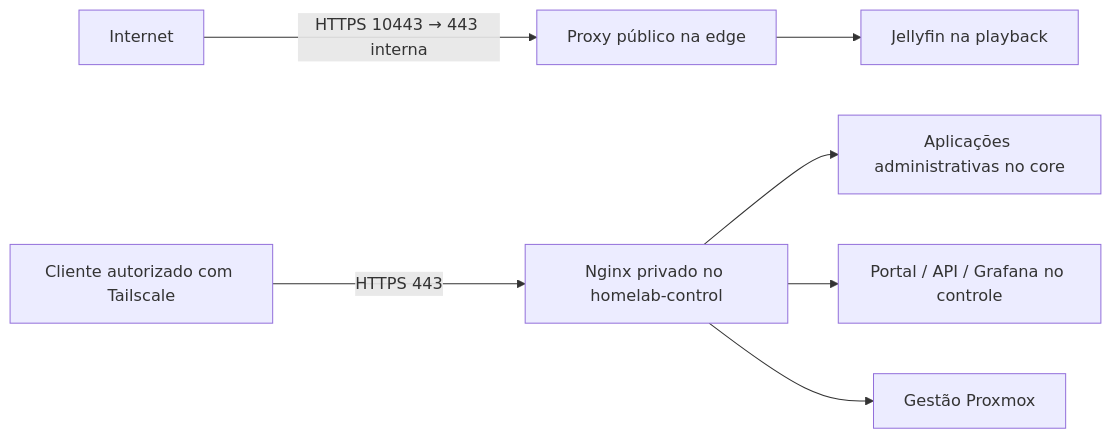
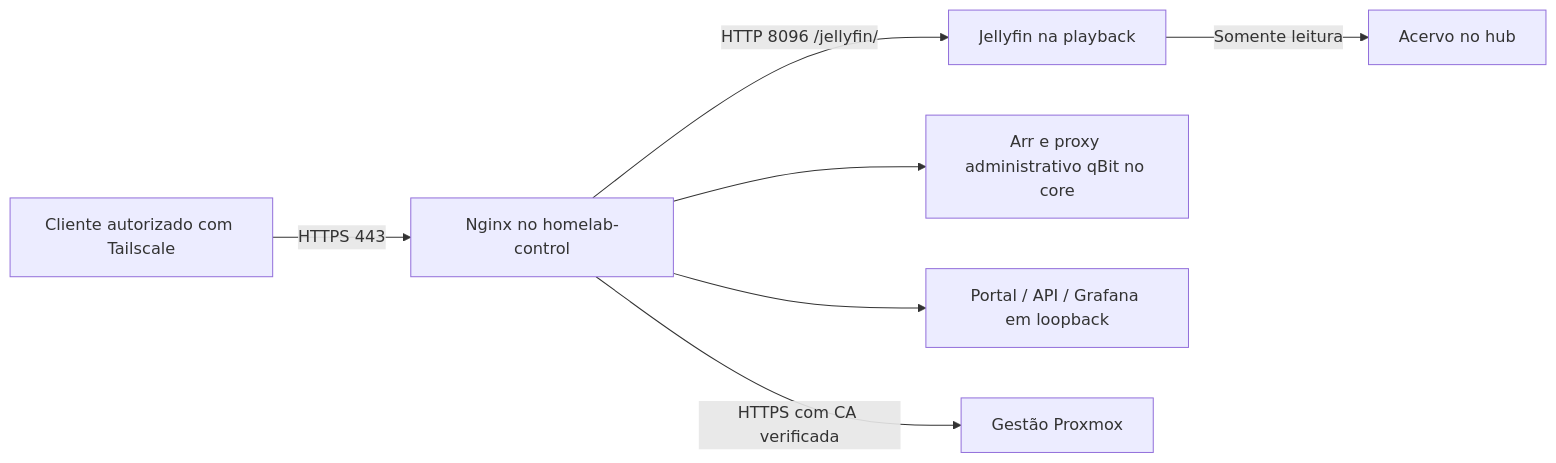
Before and after one commit to reisguilherme/homelab-platform: the diagram in docs/architecture/access-domains.md, drawn with Mermaid. The commit also changed other lines of this file and 14 other files, not shown here.

Commit message:
feat(access): serve homelab privately through Tailscale HTTPS

````diff
--- a/docs/architecture/access-domains.md
+++ b/docs/architecture/access-domains.md
@@ -99,9 +67,9 @@
 ```mermaid
 flowchart LR
-    INTERNET[Internet] -->|HTTPS 10443 → 443 interna| EDGE[Proxy público na edge]
-    EDGE --> JELLYFIN[Jellyfin na playback]
-    ADMIN[Cliente autorizado com Tailscale] -->|HTTPS 443| PRIVATE[Nginx privado no homelab-control]
-    PRIVATE --> CORE[Aplicações administrativas no core]
-    PRIVATE --> CONTROL[Portal / API / Grafana no controle]
-    PRIVATE --> PVE[Gestão Proxmox]
+    CLIENT[Cliente autorizado com Tailscale] -->|HTTPS 443| PRIVATE[Nginx no homelab-control]
+    PRIVATE -->|HTTP 8096 /jellyfin/| JELLYFIN[Jellyfin na playback]
+    PRIVATE --> CORE[Arr e proxy administrativo qBit no core]
+    PRIVATE --> CONTROL[Portal / API / Grafana em loopback]
+    PRIVATE -->|HTTPS com CA verificada| PVE[Gestão Proxmox]
+    JELLYFIN -->|Somente leitura| MEDIA[Acervo no hub]
 ```
````
